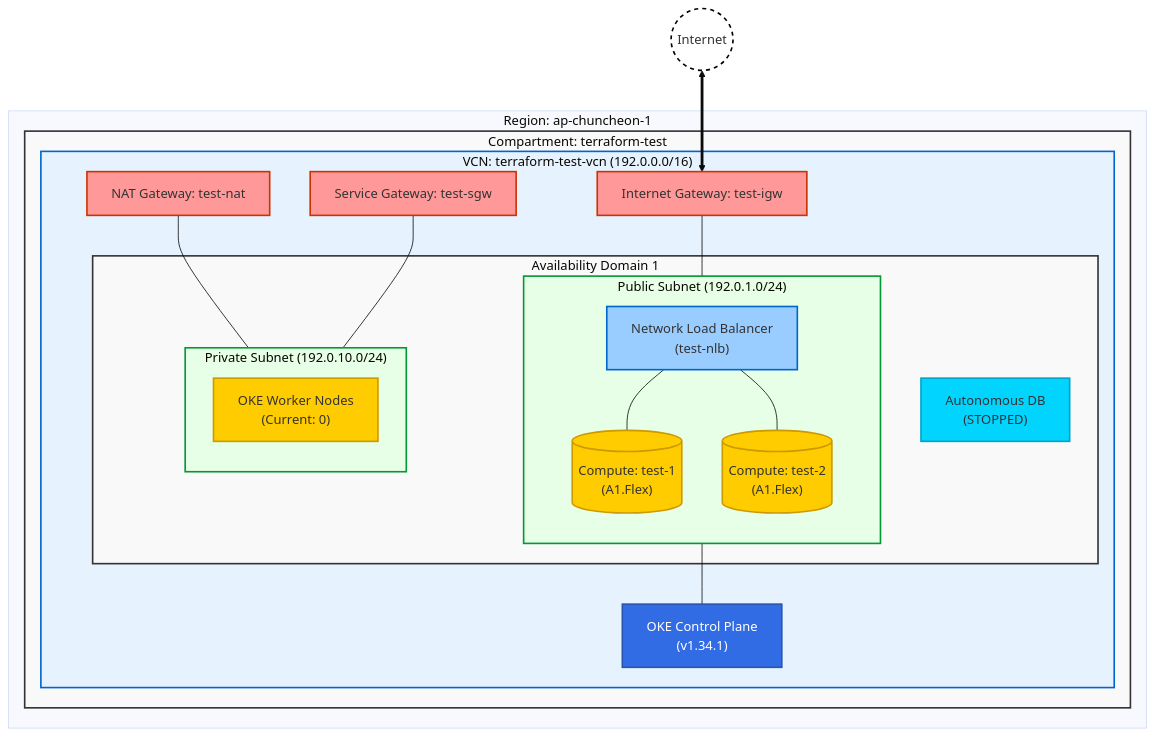
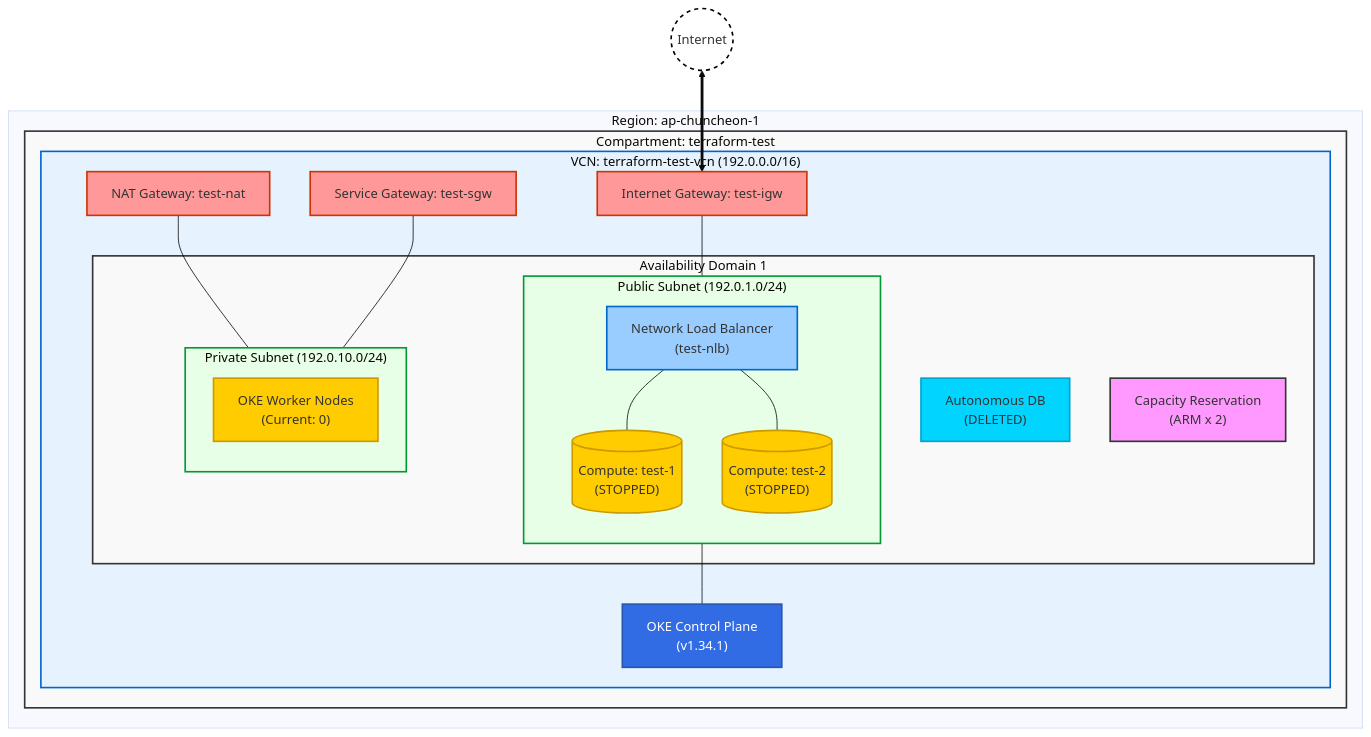
The diagram in ARCHITECTURE.md (gruvboogi/terraform-test), drawn with Mermaid (base theme) before and after one commit. The commit also changed other lines of this file and 1 other file, not shown here.

Commit message:
docs: update infrastructure architecture and dev notes for ARM capacity reservation

````diff
--- a/ARCHITECTURE.md
+++ b/ARCHITECTURE.md
@@ -7,64 +7,67 @@
 ```mermaid
 graph TD
     %% Define Styles
     classDef compartment fill:#f9f9f9,stroke:#333,stroke-width:2px;
     classDef vcn fill:#e6f3ff,stroke:#0066cc,stroke-width:2px;
     classDef subnet fill:#e6ffe6,stroke:#009933,stroke-width:2px;
     classDef compute fill:#ffcc00,stroke:#cc9900,stroke-width:2px;
     classDef db fill:#00d4ff,stroke:#00a3cc,stroke-width:2px;
     classDef gateway fill:#ff9999,stroke:#cc3300,stroke-width:2px;
     classDef internet fill:#ffffff,stroke:#000000,stroke-width:2px,stroke-dasharray: 5 5;
     classDef oke fill:#326ce5,stroke:#2856ad,stroke-width:2px,color:#fff;
     classDef lb fill:#99ccff,stroke:#0066cc,stroke-width:2px;
+    classDef reserve fill:#f9f,stroke:#333,stroke-width:2px;
 
     Internet((Internet)):::internet
 
     subgraph Region ["Region: ap-chuncheon-1"]
         subgraph Comp ["Compartment: terraform-test"]
             
             subgraph VCN ["VCN: terraform-test-vcn (192.0.0.0/16)"]
                 
                 IGW[Internet Gateway: test-igw]:::gateway
                 NAT[NAT Gateway: test-nat]:::gateway
                 SGW[Service Gateway: test-sgw]:::gateway
                 
                 subgraph AD1 ["Availability Domain 1"]
                     
                     subgraph PubSub ["Public Subnet (192.0.1.0/24)"]
                         direction TB
                         NLB["Network Load Balancer<br/>(test-nlb)"]:::lb
-                        Inst1[("Compute: test-1<br/>(A1.Flex)")]:::compute
-                        Inst2[("Compute: test-2<br/>(A1.Flex)")]:::compute
+                        Inst1[("Compute: test-1<br/>(STOPPED)")]:::compute
+                        Inst2[("Compute: test-2<br/>(STOPPED)")]:::compute
                     end
 
                     subgraph PrivSub ["Private Subnet (192.0.10.0/24)"]
                         direction TB
                         NodeEmpty["OKE Worker Nodes<br/>(Current: 0)"]:::compute
                     end
 
-                    ADB_ST["Autonomous DB<br/>(STOPPED)"]:::db
+                    ADB_ST["Autonomous DB<br/>(DELETED)"]:::db
+                    
+                    CapRes["Capacity Reservation<br/>(ARM x 2)"]:::reserve
                 end
                 
                 OKE_CP["OKE Control Plane<br/>(v1.34.1)"]:::oke
             end
         end
     end
 
     %% Network Flows
     Internet <==> IGW
     IGW --- NLB
     NLB --- Inst1
     NLB --- Inst2
     NAT --- PrivSub
     SGW --- PrivSub
     
     %% Connections
     PubSub --- OKE_CP
 
     %% Styling
     class Comp compartment
     class VCN vcn
     class PubSub subnet
     class PrivSub subnet
     class AD1 compartment
 ```
````
